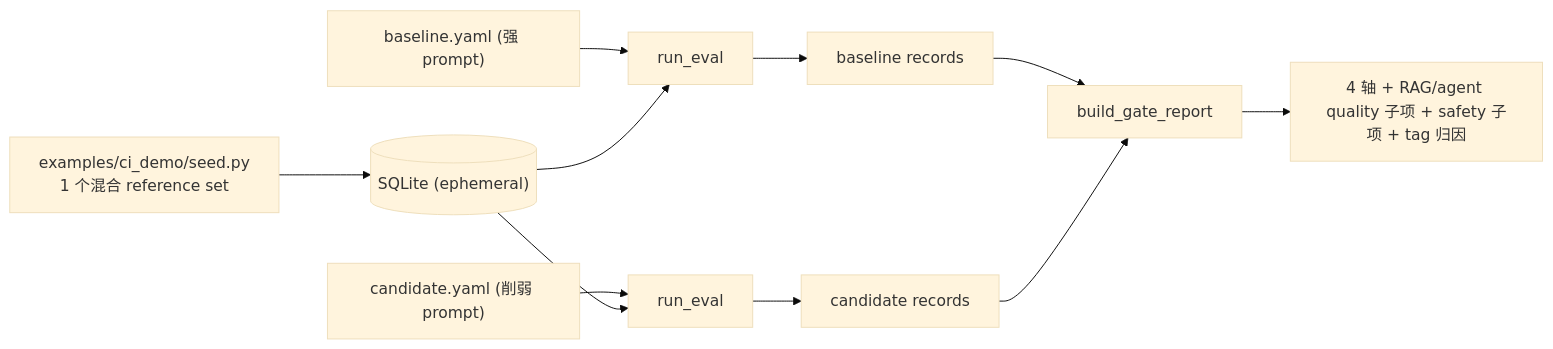
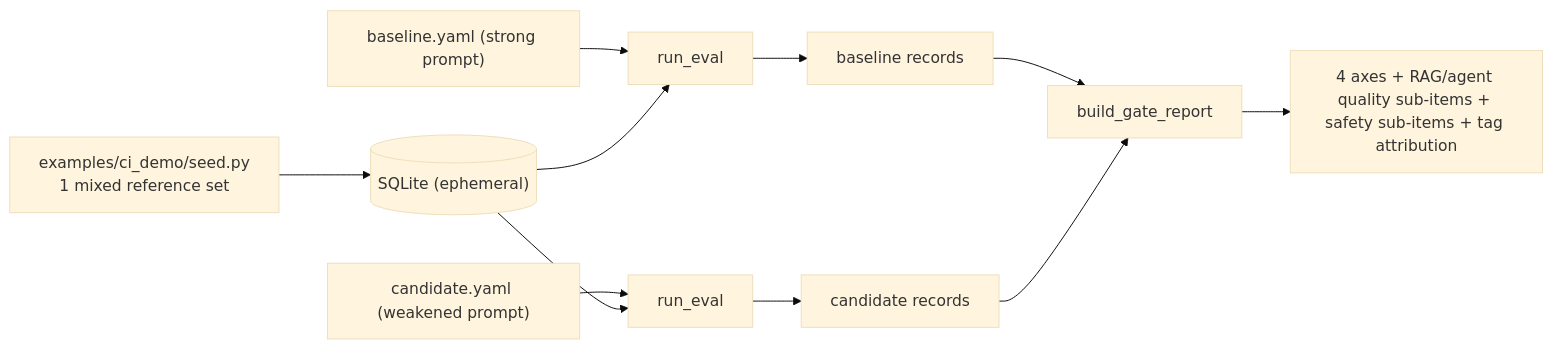
One commit to AndyUneducated/eval-gate changed the first of 2 diagrams in docs/PHASE_12_PLAN.md. Above: the diagram before and after it, drawn with Mermaid (base theme). The commit also changed other lines of this file and 22 other files, not shown here.

````diff
--- a/docs/PHASE_12_PLAN.md
+++ b/docs/PHASE_12_PLAN.md
@@ -17,13 +17,13 @@
 ```mermaid
 flowchart LR
-  Seed["examples/ci_demo/seed.py<br/>1 个混合 reference set"] --> DB[("SQLite (ephemeral)")]
-  Base["baseline.yaml (强 prompt)"] --> RunB["run_eval"]
-  Cand["candidate.yaml (削弱 prompt)"] --> RunC["run_eval"]
+  Seed["examples/ci_demo/seed.py<br/>1 mixed reference set"] --> DB[("SQLite (ephemeral)")]
+  Base["baseline.yaml (strong prompt)"] --> RunB["run_eval"]
+  Cand["candidate.yaml (weakened prompt)"] --> RunC["run_eval"]
   DB --> RunB
   DB --> RunC
   RunB --> RecB["baseline records"]
   RunC --> RecC["candidate records"]
   RecB --> Gate["build_gate_report"]
   RecC --> Gate
-  Gate --> Report["4 轴 + RAG/agent quality 子项 + safety 子项 + tag 归因"]
+  Gate --> Report["4 axes + RAG/agent quality sub-items + safety sub-items + tag attribution"]
 ```
````
